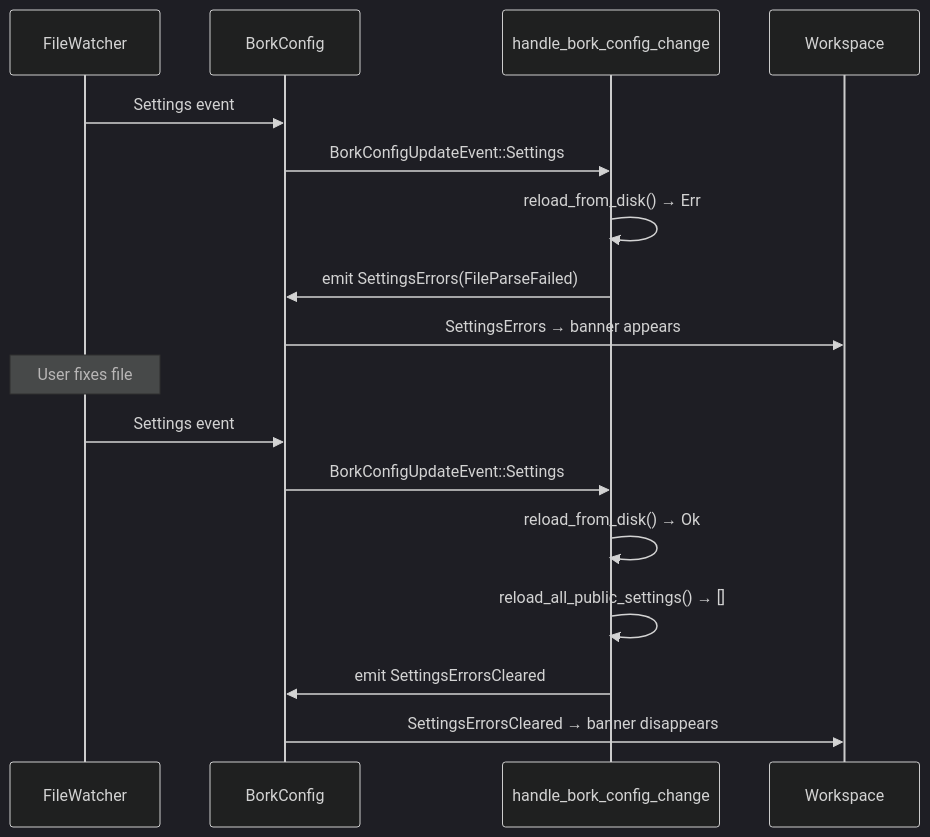
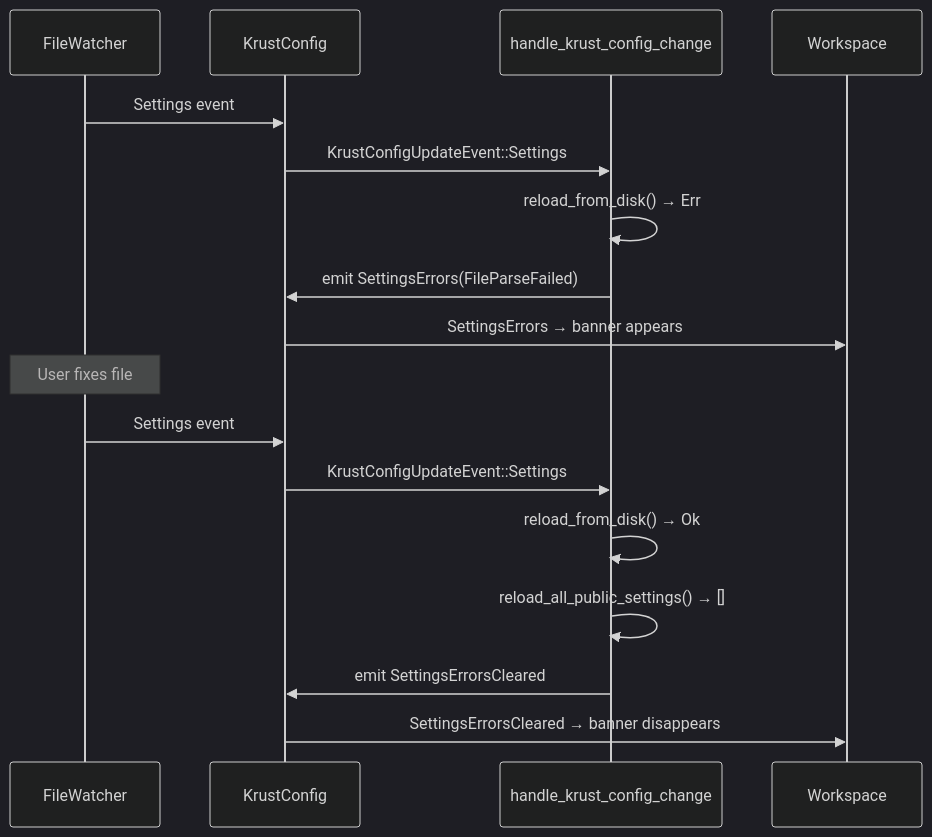
One commit to antikrust/krust-terminal changed the second of 2 diagrams in specs/danielpeng/QUALITY-429/TECH.md. Above: the diagram before and after it, drawn with Mermaid (dark theme). The commit also changed other lines of this file and 4480 other files, not shown here.

First line of the commit message:
Rebrand Bork -> Krust

````diff
--- a/specs/danielpeng/QUALITY-429/TECH.md
+++ b/specs/danielpeng/QUALITY-429/TECH.md
@@ -106,21 +106,21 @@
 ```mermaid
 sequenceDiagram
     participant FileWatcher
-    participant BorkConfig
-    participant Handler as handle_bork_config_change
+    participant KrustConfig
+    participant Handler as handle_krust_config_change
     participant Workspace
 
-    FileWatcher->>BorkConfig: Settings event
-    BorkConfig->>Handler: BorkConfigUpdateEvent::Settings
+    FileWatcher->>KrustConfig: Settings event
+    KrustConfig->>Handler: KrustConfigUpdateEvent::Settings
     Handler->>Handler: reload_from_disk() → Err
-    Handler->>BorkConfig: emit SettingsErrors(FileParseFailed)
-    BorkConfig->>Workspace: SettingsErrors → banner appears
+    Handler->>KrustConfig: emit SettingsErrors(FileParseFailed)
+    KrustConfig->>Workspace: SettingsErrors → banner appears
 
     Note over FileWatcher: User fixes file
-    FileWatcher->>BorkConfig: Settings event
-    BorkConfig->>Handler: BorkConfigUpdateEvent::Settings
+    FileWatcher->>KrustConfig: Settings event
+    KrustConfig->>Handler: KrustConfigUpdateEvent::Settings
     Handler->>Handler: reload_from_disk() → Ok
     Handler->>Handler: reload_all_public_settings() → []
-    Handler->>BorkConfig: emit SettingsErrorsCleared
-    BorkConfig->>Workspace: SettingsErrorsCleared → banner disappears
+    Handler->>KrustConfig: emit SettingsErrorsCleared
+    KrustConfig->>Workspace: SettingsErrorsCleared → banner disappears
 ```
````
